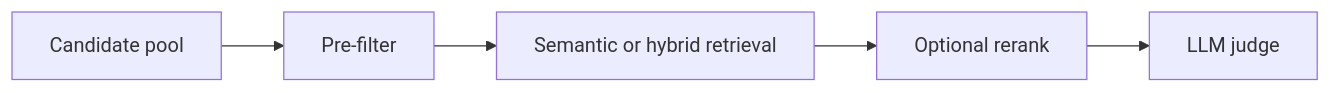
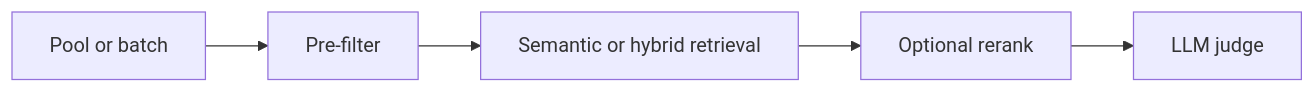
Before and after one commit to SaqlainXoas/llm-system-patterns: the diagram in patterns/01-pre-filter-embed-llm-judge.md, drawn with Mermaid. The commit also changed other lines of this file and 28 other files, not shown here.

````diff
--- a/patterns/01-pre-filter-embed-llm-judge.md
+++ b/patterns/01-pre-filter-embed-llm-judge.md
@@ -8,7 +8,7 @@
 ```mermaid
 flowchart LR
-  A[Candidate pool] --> B[Pre-filter]
+  A[Pool or batch] --> B[Pre-filter]
   B --> C[Semantic or hybrid retrieval]
   C --> D[Optional rerank]
   D --> E[LLM judge]
 ```
````
